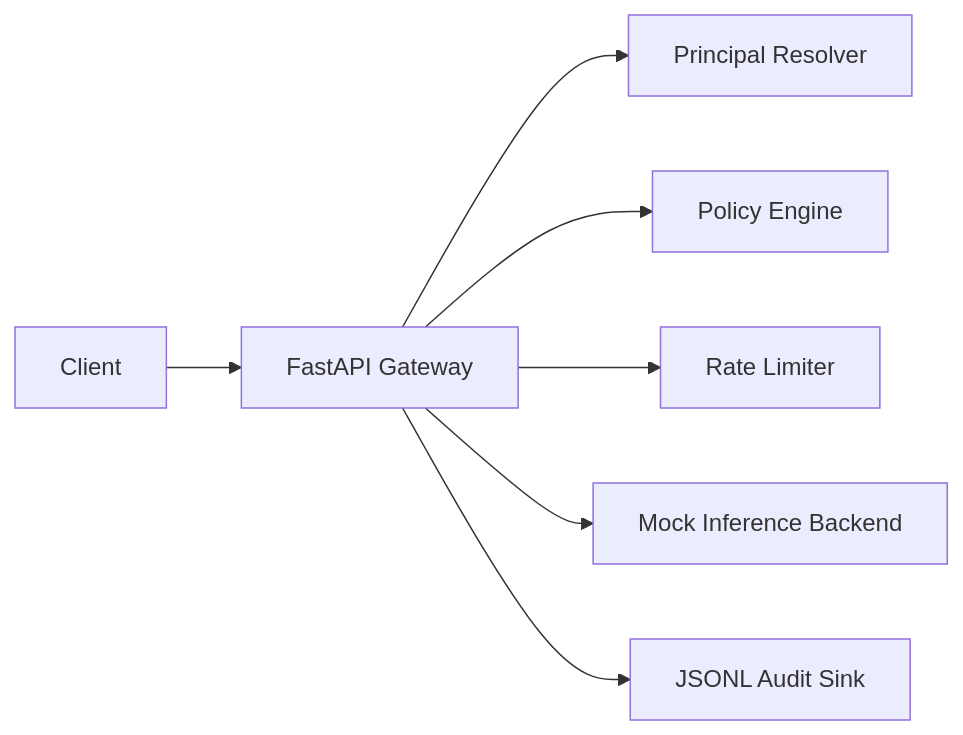
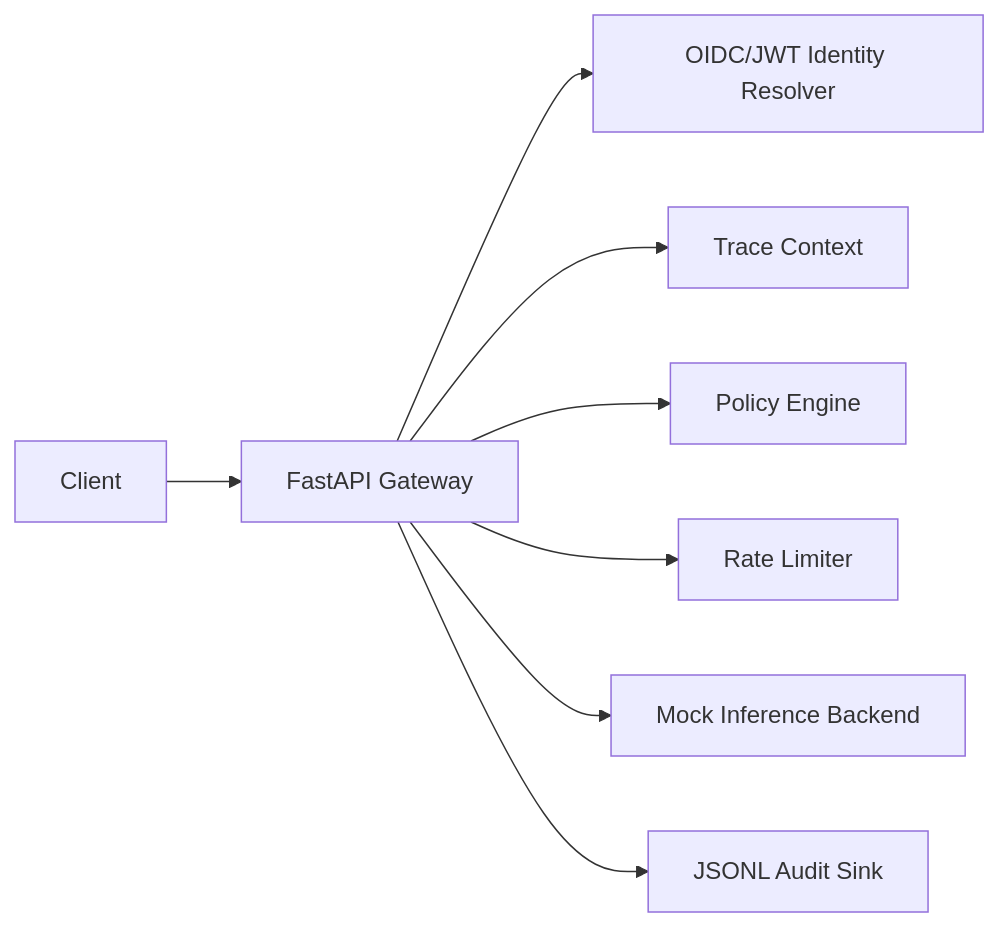
Before and after one commit to WaffleBits/secure-gpu-inference-gateway: the diagram in ARCHITECTURE.md, drawn with Mermaid. The commit also changed other lines of this file and 15 other files, not shown here.

Commit message:
Add JWT identity and trace controls (#1)

````diff
--- a/ARCHITECTURE.md
+++ b/ARCHITECTURE.md
@@ -3,9 +3,10 @@
 ```mermaid
 flowchart LR
     Client["Client"] --> API["FastAPI Gateway"]
-    API --> Principal["Principal Resolver"]
+    API --> Identity["OIDC/JWT Identity Resolver"]
+    API --> Trace["Trace Context"]
     API --> Policy["Policy Engine"]
     API --> Limiter["Rate Limiter"]
     API --> Model["Mock Inference Backend"]
     API --> Audit["JSONL Audit Sink"]
 ```
````
